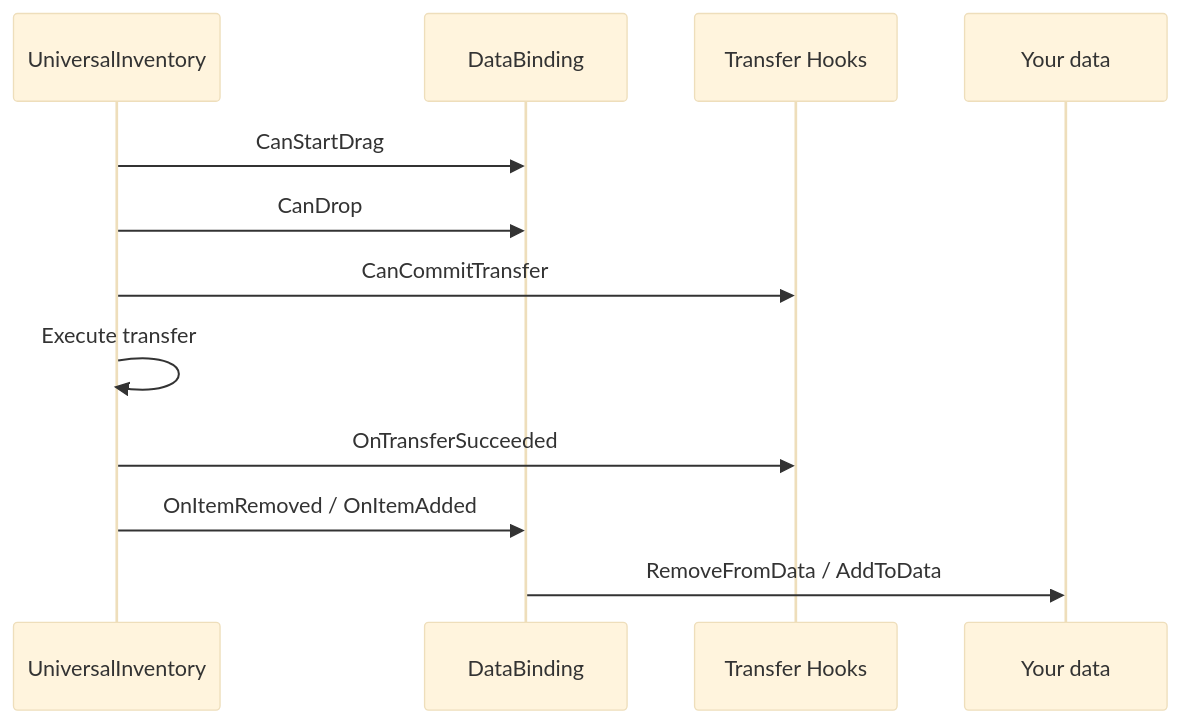
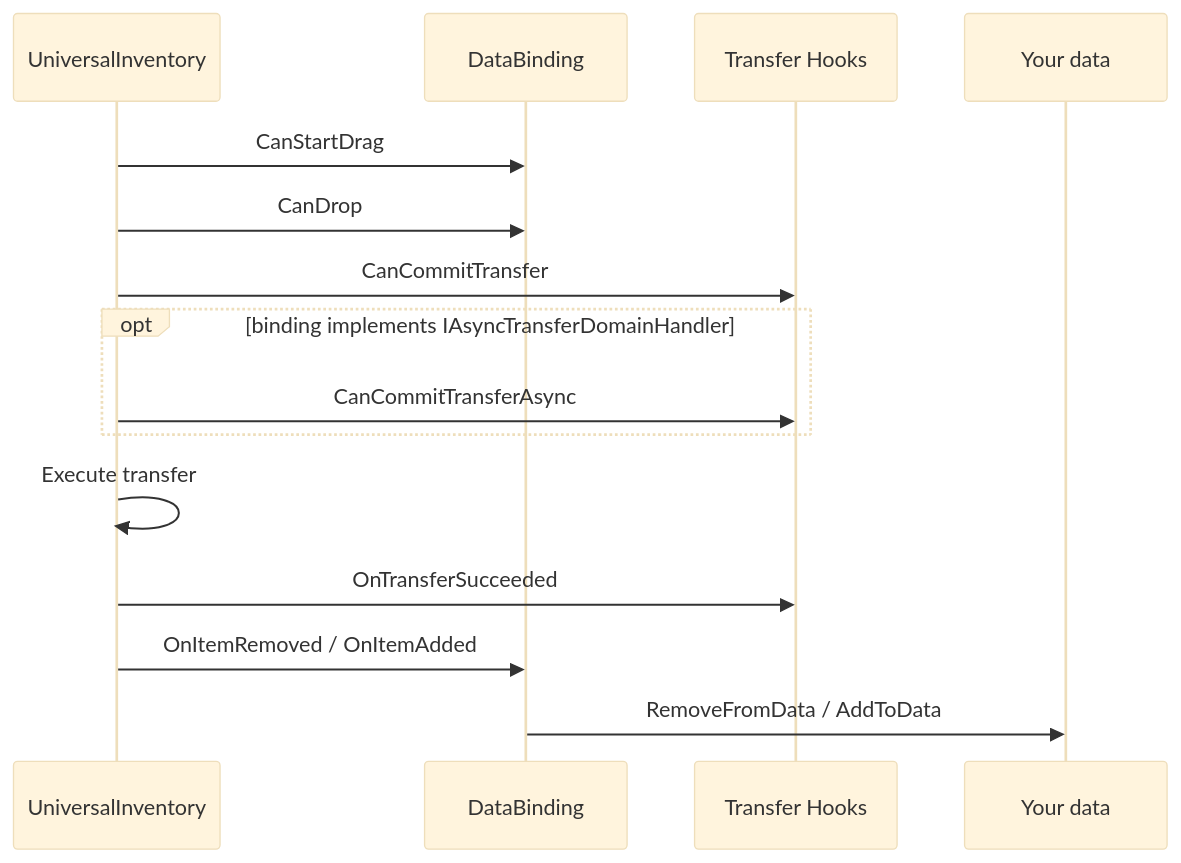
Before and after one commit to SergeevSergey99/DragAndDropSystem-Docs: the second of 2 diagrams in .docs/content/architecture/data-binding.en.md, drawn with Mermaid (base theme). The commit also changed other lines of this file and 7 other files, not shown here.

````diff
--- a/.docs/content/architecture/data-binding.en.md
+++ b/.docs/content/architecture/data-binding.en.md
@@ -31,15 +31,18 @@
 ```mermaid
 sequenceDiagram
     participant UI as UniversalInventory
     participant DB as DataBinding
     participant Domain as Transfer Hooks
     participant Data as Your data
 
     UI->>DB: CanStartDrag
     UI->>DB: CanDrop
     UI->>Domain: CanCommitTransfer
+    opt binding implements IAsyncTransferDomainHandler
+        UI->>Domain: CanCommitTransferAsync
+    end
     UI->>UI: Execute transfer
     UI->>Domain: OnTransferSucceeded
     UI->>DB: OnItemRemoved / OnItemAdded
     DB->>Data: RemoveFromData / AddToData
 ```
````
